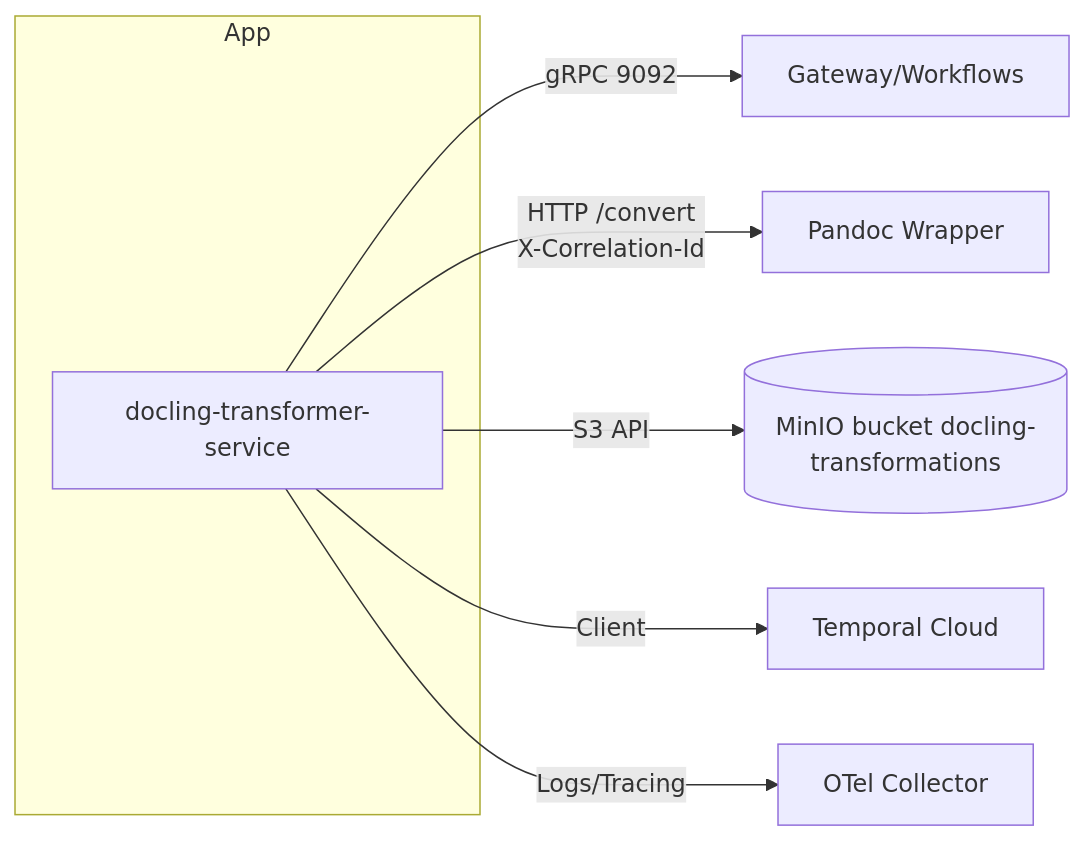
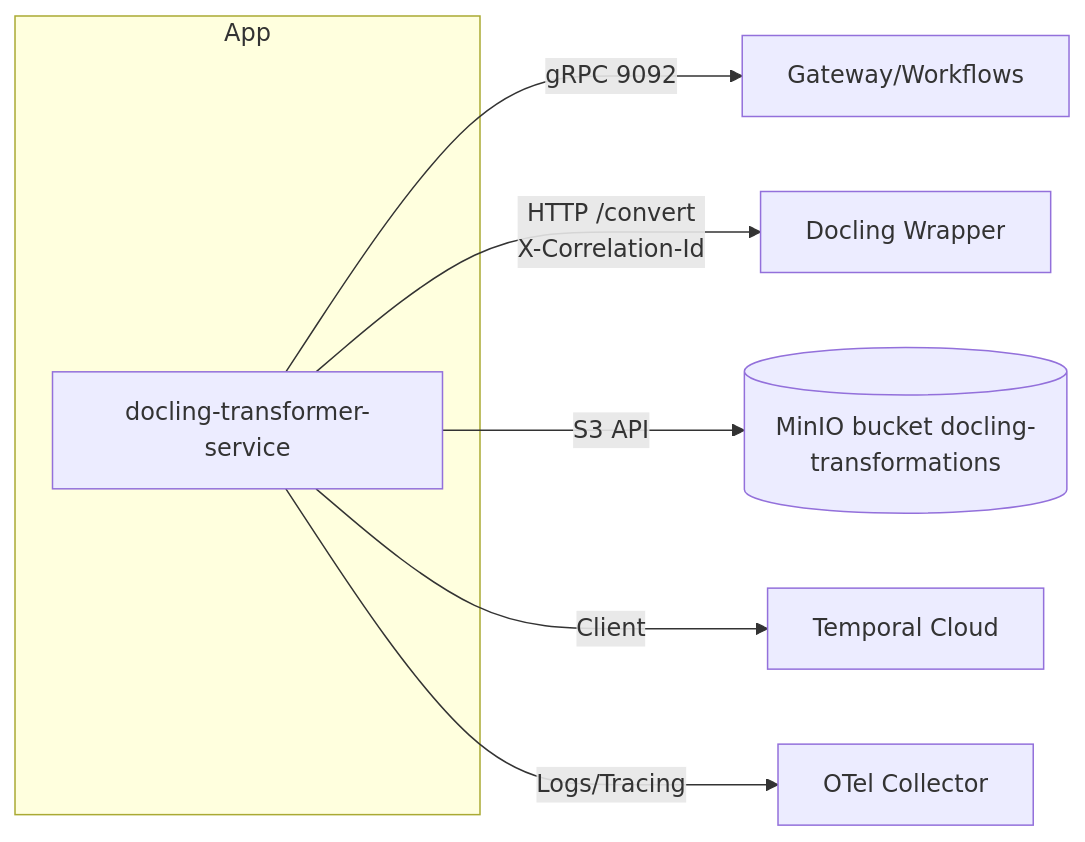
Before and after one commit to FedorovTeam/mono-repo: the diagram in backend/docling-transformer-service/infrastructure.md, drawn with Mermaid. The commit also changed 14 other files, not shown here.

````diff
--- a/backend/docling-transformer-service/infrastructure.md
+++ b/backend/docling-transformer-service/infrastructure.md
@@ -3,11 +3,11 @@
 ```mermaid
 graph LR
     subgraph App
         TR[docling-transformer-service]
     end
     TR -->|gRPC 9092| GW[Gateway/Workflows]
-    TR -->|HTTP /convert\nX-Correlation-Id| PD[Pandoc Wrapper]
+    TR -->|HTTP /convert\nX-Correlation-Id| DL[Docling Wrapper]
     TR -->|S3 API| MN[(MinIO bucket docling-transformations)]
     TR -->|Client| TMP[Temporal Cloud]
     TR -->|Logs/Tracing| OBS[OTel Collector]
 ```
````
